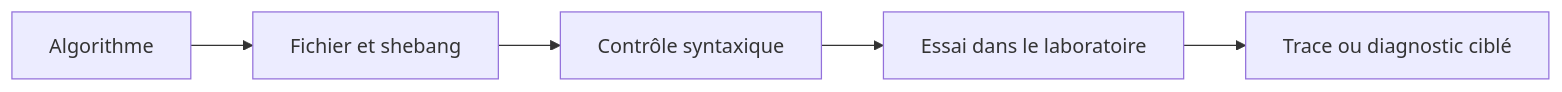
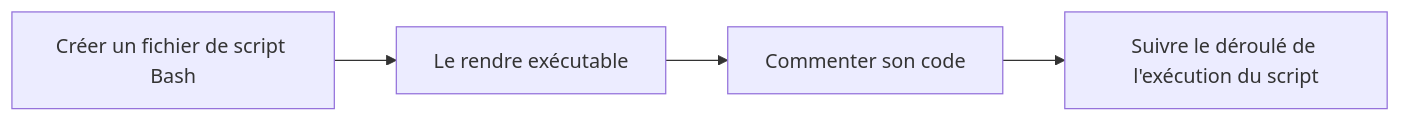
Before and after one commit to sk34pk25/tssr-cours: the second of 4 diagrams in docs/modules/11-initiation-scripting-bash/module-02-ecriture-des-scripts.md, drawn with Mermaid. The commit also changed other lines of this file and 7 other files, not shown here.

First line of the commit message:
Reprendre l’initiation Bash dans l’onglet pédagogique.

````diff
--- a/docs/modules/11-initiation-scripting-bash/module-02-ecriture-des-scripts.md
+++ b/docs/modules/11-initiation-scripting-bash/module-02-ecriture-des-scripts.md
@@ -80,7 +56,10 @@
 ```mermaid
 flowchart LR
-    A["Algorithme"] --> B["Fichier et shebang"]
-    B --> C["Contrôle syntaxique"]
-    C --> D["Essai dans le laboratoire"]
-    D --> E["Trace ou diagnostic ciblé"]
+    N1["Créer un fichier de script Bash"]
+    N2["Le rendre exécutable"]
+    N3["Commenter son code"]
+    N4["Suivre le déroulé de l'exécution du script"]
+    N1 --> N2
+    N2 --> N3
+    N3 --> N4
 ```
````
